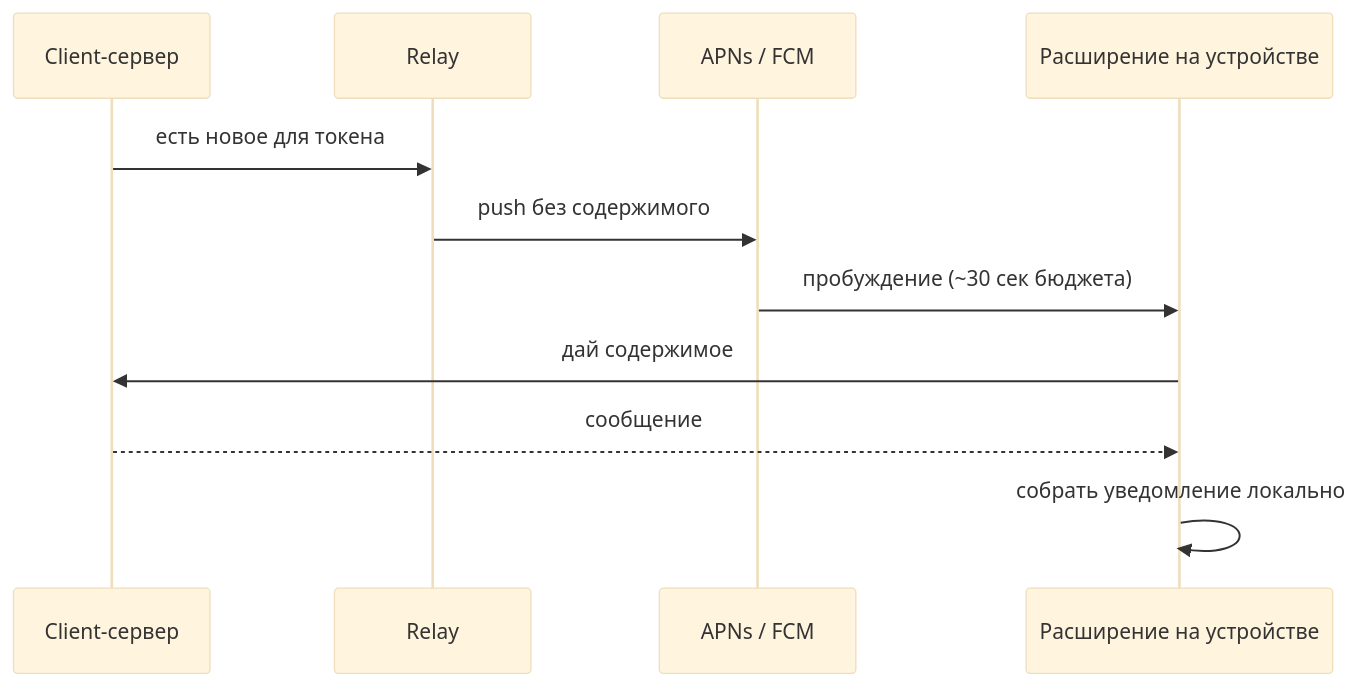
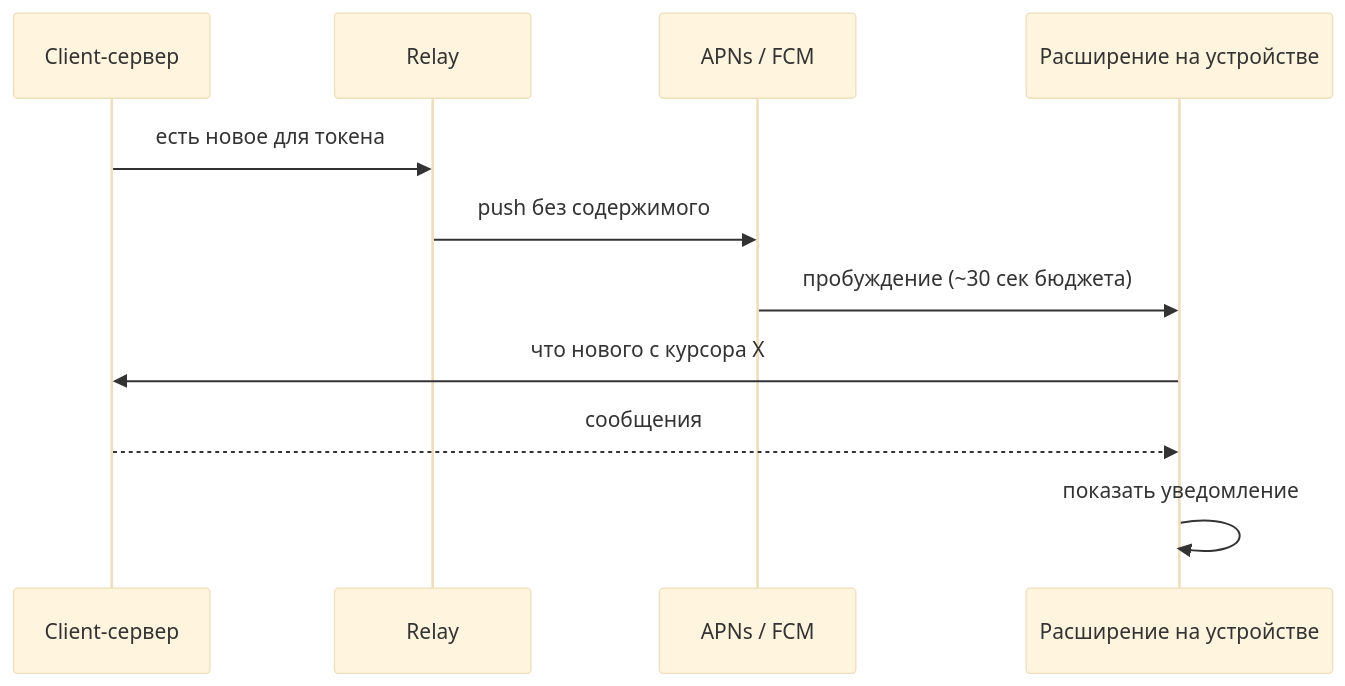
One commit to cyphernet-labs/nox-app changed the second of 2 diagrams in docs/client-backend/preview/notification-delivery/notification-delivery-preview.md. Above: the diagram before and after it, drawn with Mermaid (base theme). The commit also changed other lines of this file and 3 other files, not shown here.

````diff
--- a/docs/client-backend/preview/notification-delivery/notification-delivery-preview.md
+++ b/docs/client-backend/preview/notification-delivery/notification-delivery-preview.md
@@ -42,13 +46,13 @@
 ```mermaid
 sequenceDiagram
   participant CB as Client-сервер
   participant R as Relay
   participant P as APNs / FCM
   participant N as Расширение на устройстве
   CB->>R: есть новое для токена
   R->>P: push без содержимого
   P->>N: пробуждение (~30 сек бюджета)
-  N->>CB: дай содержимое
-  CB-->>N: сообщение
-  N->>N: собрать уведомление локально
+  N->>CB: что нового с курсора X
+  CB-->>N: сообщения
+  N->>N: показать уведомление
 ```
````
